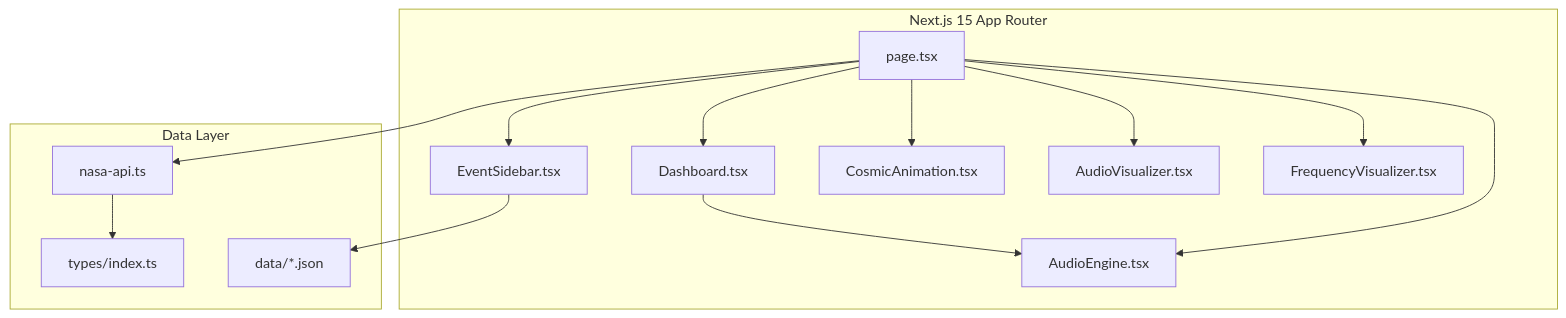
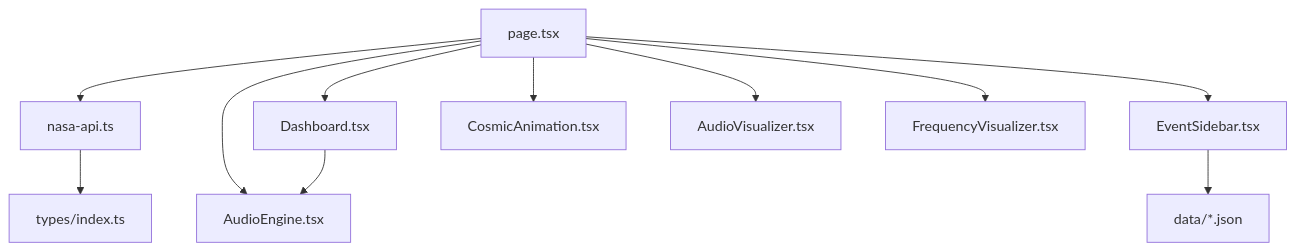
Before and after one commit to CTRLD3FEAT/Heliophon: the third of 3 diagrams in README.md, drawn with Mermaid. The commit also changed other lines of this file, not shown here.

Commit message:
docs: fix Mermaid syntax - remove emojis/special chars from node labels
- Mermaid doesn't support emojis or →/≥ in node labels
- Use plain ASCII for node IDs, keep emojis in markdown text
- All diagrams now render cleanly on GitHub

````diff
--- a/README.md
+++ b/README.md
@@ -171,29 +171,13 @@
 ```mermaid
 flowchart TB
-    subgraph App[Next.js 15 App Router]
-        Page[page.tsx]
-        Dash[Dashboard.tsx]
-        Side[EventSidebar.tsx]
-        Cosmic[CosmicAnimation.tsx]
-        AVis[AudioVisualizer.tsx]
-        FVis[FrequencyVisualizer.tsx]
-        AEng[AudioEngine.tsx]
-    end
-
-    subgraph Data[Data Layer]
-        API[nasa-api.ts]
-        Types[types/index.ts]
-        Hist[data/*.json]
-    end
-
-    Page --> API
-    Page --> Dash
-    Page --> Side
-    Page --> Cosmic
-    Page --> AVis
-    Page --> FVis
-    Page --> AEng
+    Page[page.tsx] --> API[nasa-api.ts]
+    Page --> Dash[Dashboard.tsx]
+    Page --> Side[EventSidebar.tsx]
+    Page --> Cosmic[CosmicAnimation.tsx]
+    Page --> AVis[AudioVisualizer.tsx]
+    Page --> FVis[FrequencyVisualizer.tsx]
+    Page --> AEng[AudioEngine.tsx]
     Dash --> AEng
-    API --> Types
-    Side --> Hist
+    API --> Types[types/index.ts]
+    Side --> Hist[data/*.json]
 ```
````
